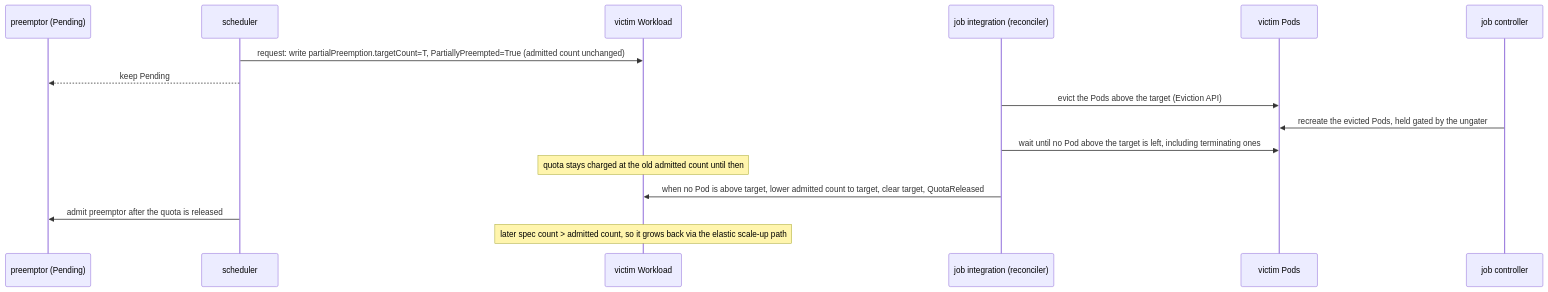
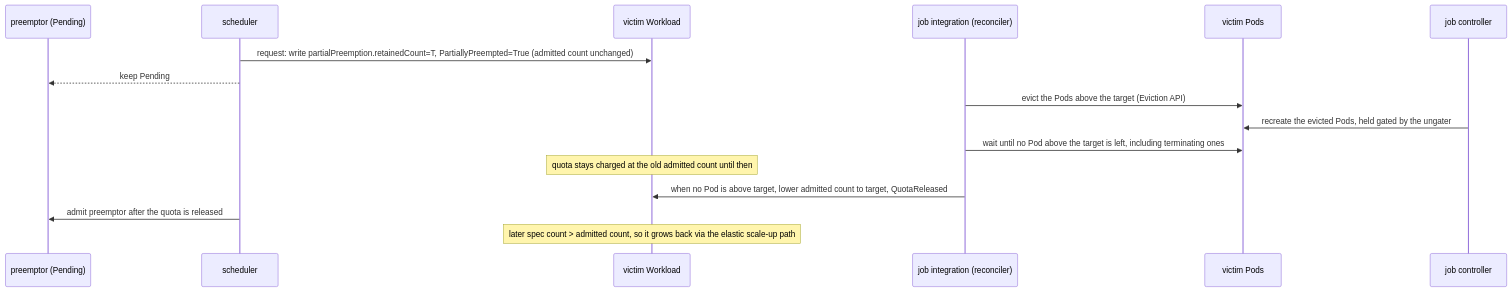
Before and after one commit to kubernetes-sigs/kueue: the diagram in keps/975-partial-preemption/README.md, drawn with Mermaid. The commit also changed other lines of this file, not shown here.

````diff
--- a/keps/975-partial-preemption/README.md
+++ b/keps/975-partial-preemption/README.md
@@ -311,18 +311,18 @@
 ```mermaid
 sequenceDiagram
     participant P as preemptor (Pending)
     participant S as scheduler
     participant W as victim Workload
     participant I as job integration (reconciler)
     participant Pods as victim Pods
     participant J as job controller
-    S->>W: request: write partialPreemption.targetCount=T, PartiallyPreempted=True (admitted count unchanged)
+    S->>W: request: write partialPreemption.retainedCount=T, PartiallyPreempted=True (admitted count unchanged)
     S-->>P: keep Pending
     I->>Pods: evict the Pods above the target (Eviction API)
     J->>Pods: recreate the evicted Pods, held gated by the ungater
     I->>Pods: wait until no Pod above the target is left, including terminating ones
     Note over W: quota stays charged at the old admitted count until then
-    I->>W: when no Pod is above target, lower admitted count to target, clear target, QuotaReleased
+    I->>W: when no Pod is above target, lower admitted count to target, QuotaReleased
     S->>P: admit preemptor after the quota is released
     Note over W: later spec count > admitted count, so it grows back via the elastic scale-up path
 ```
````
